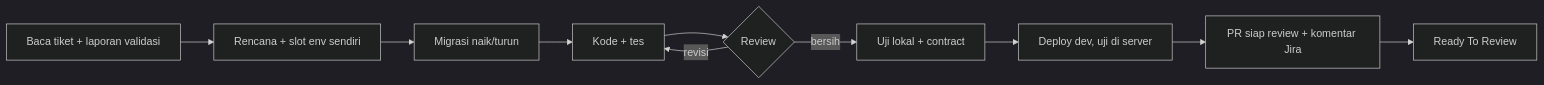
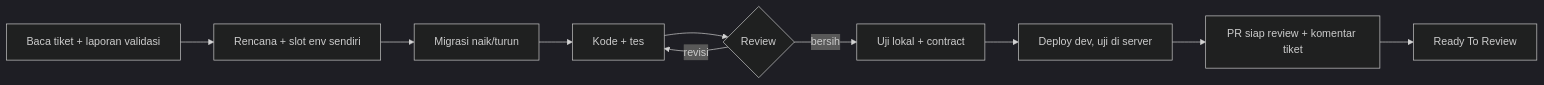
Before and after one commit to roiskhoiron/Backend-Agent-Workflow: the diagram in README.md, drawn with Mermaid (dark theme). The commit also changed other lines of this file and 41 other files, not shown here.

First line of the commit message:
feat: platform tiket umum (GitHub Projects, GitLab board, Jira), default none

````diff
--- a/README.md
+++ b/README.md
@@ -129,8 +142,8 @@
 ```mermaid
 flowchart LR
   A[Baca tiket + laporan validasi] --> B[Rencana + slot env sendiri]
   B --> C[Migrasi naik/turun] --> D[Kode + tes] --> E{Review}
   E -- revisi --> D
   E -- bersih --> F[Uji lokal + contract] --> G[Deploy dev, uji di server]
-  G --> H[PR siap review + komentar Jira] --> I[Ready To Review]
+  G --> H[PR siap review + komentar tiket] --> I[Ready To Review]
 ```
````
